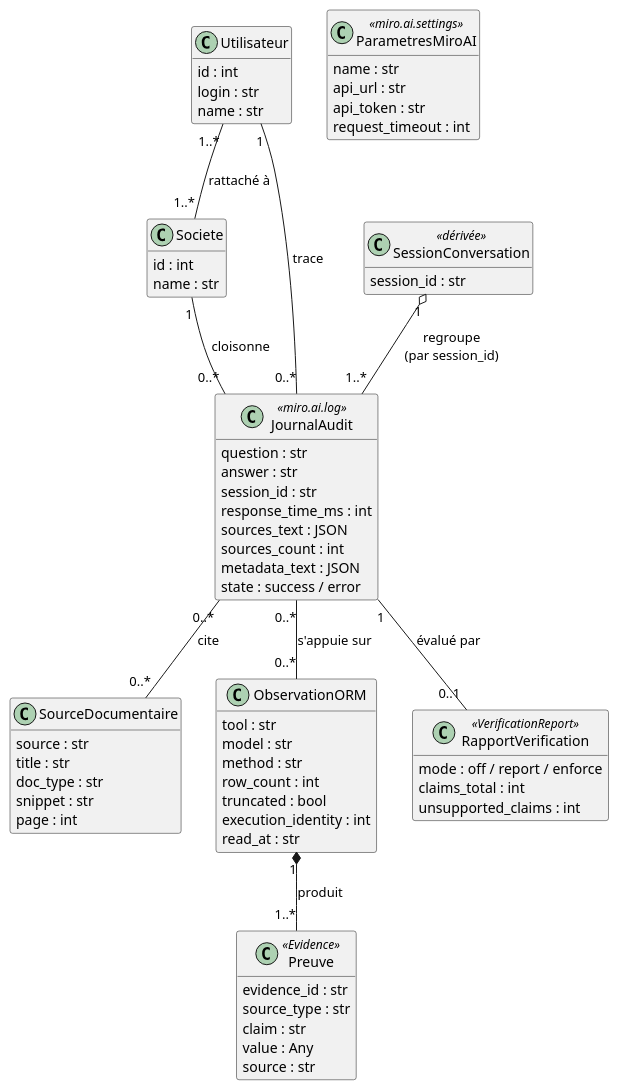
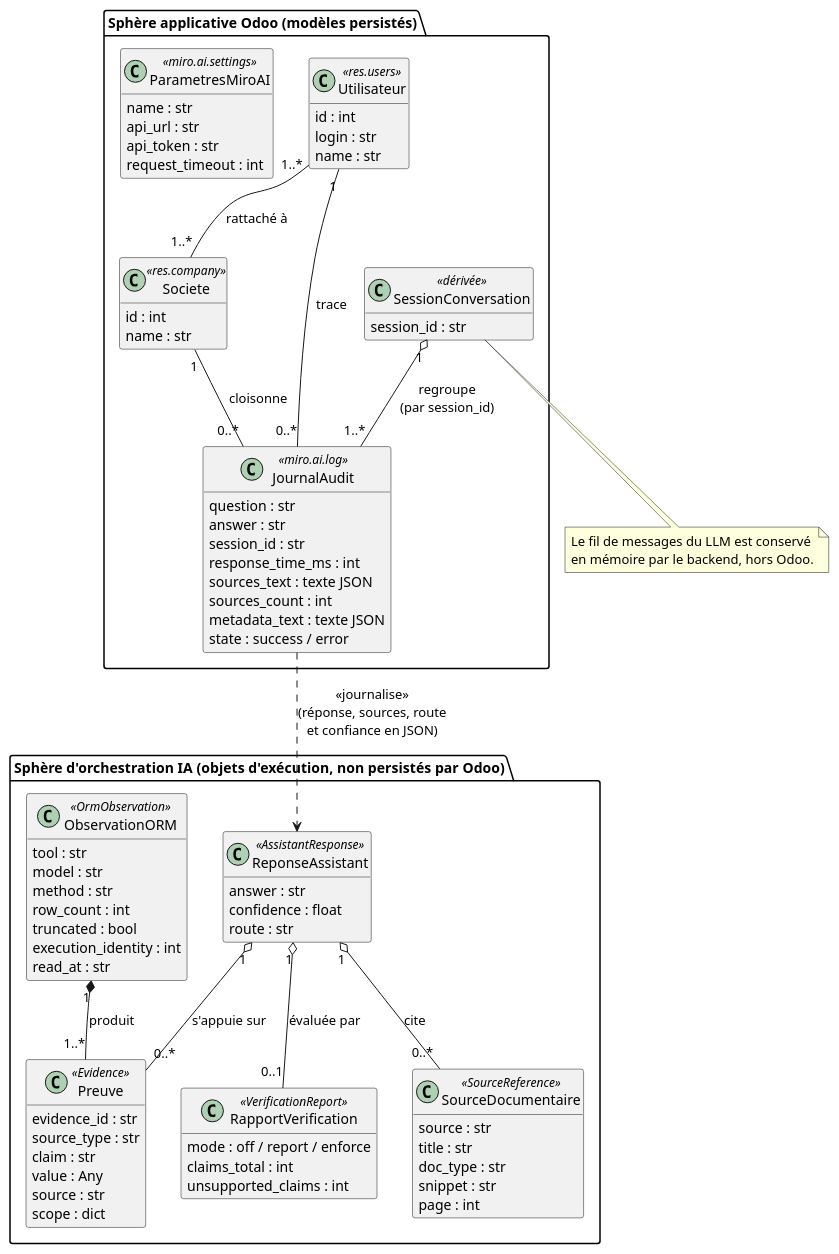
The diagram in todo/diagrammes/5_2_modele_domaine.puml (katsuki2000/odoo-ia-prototype), drawn with PlantUML before and after one commit. The commit also changed 6 other files, not shown here.

```diff
--- a/todo/diagrammes/5_2_modele_domaine.puml
+++ b/todo/diagrammes/5_2_modele_domaine.puml
@@ -1,71 +1,87 @@
 @startuml 5_2_modele_domaine
 hide methods
 skinparam classAttributeIconSize 0
 
-class Utilisateur {
-  id : int
-  login : str
-  name : str
+package "Sphère applicative Odoo (modèles persistés)" {
+  class Utilisateur <<res.users>> {
+    id : int
+    login : str
+    name : str
+  }
+  class Societe <<res.company>> {
+    id : int
+    name : str
+  }
+  class ParametresMiroAI <<miro.ai.settings>> {
+    name : str
+    api_url : str
+    api_token : str
+    request_timeout : int
+  }
+  class JournalAudit <<miro.ai.log>> {
+    question : str
+    answer : str
+    session_id : str
+    response_time_ms : int
+    sources_text : texte JSON
+    sources_count : int
+    metadata_text : texte JSON
+    state : success / error
+  }
+  class SessionConversation <<dérivée>> {
+    session_id : str
+  }
 }
-class Societe {
-  id : int
-  name : str
-}
-class ParametresMiroAI <<miro.ai.settings>> {
-  name : str
-  api_url : str
-  api_token : str
-  request_timeout : int
-}
-class JournalAudit <<miro.ai.log>> {
-  question : str
-  answer : str
-  session_id : str
-  response_time_ms : int
-  sources_text : JSON
-  sources_count : int
-  metadata_text : JSON
-  state : success / error
-}
-class SessionConversation <<dérivée>> {
-  session_id : str
-}
-class SourceDocumentaire {
-  source : str
-  title : str
-  doc_type : str
-  snippet : str
-  page : int
-}
-class ObservationORM {
-  tool : str
-  model : str
-  method : str
-  row_count : int
-  truncated : bool
-  execution_identity : int
-  read_at : str
-}
-class Preuve <<Evidence>> {
-  evidence_id : str
-  source_type : str
-  claim : str
-  value : Any
-  source : str
-}
-class RapportVerification <<VerificationReport>> {
-  mode : off / report / enforce
-  claims_total : int
-  unsupported_claims : int
+
+package "Sphère d'orchestration IA (objets d'exécution, non persistés par Odoo)" {
+  class ReponseAssistant <<AssistantResponse>> {
+    answer : str
+    confidence : float
+    route : str
+  }
+  class SourceDocumentaire <<SourceReference>> {
+    source : str
+    title : str
+    doc_type : str
+    snippet : str
+    page : int
+  }
+  class ObservationORM <<OrmObservation>> {
+    tool : str
+    model : str
+    method : str
+    row_count : int
+    truncated : bool
+    execution_identity : int
+    read_at : str
+  }
+  class Preuve <<Evidence>> {
+    evidence_id : str
+    source_type : str
+    claim : str
+    value : Any
+    source : str
+    scope : dict
+  }
+  class RapportVerification <<VerificationReport>> {
+    mode : off / report / enforce
+    claims_total : int
+    unsupported_claims : int
+  }
 }
 
 Utilisateur "1..*" -- "1..*" Societe : rattaché à
 Utilisateur "1" -- "0..*" JournalAudit : trace
 Societe "1" -- "0..*" JournalAudit : cloisonne
 SessionConversation "1" o-- "1..*" JournalAudit : regroupe\n(par session_id)
-JournalAudit "0..*" -- "0..*" SourceDocumentaire : cite
-JournalAudit "0..*" -- "0..*" ObservationORM : s'appuie sur
+JournalAudit ..> ReponseAssistant : <<journalise>>\n(réponse, sources, route\net confiance en JSON)
+ReponseAssistant "1" o-- "0..*" SourceDocumentaire : cite
+ReponseAssistant "1" o-- "0..*" Preuve : s'appuie sur
+ReponseAssistant "1" o-- "0..1" RapportVerification : évaluée par
 ObservationORM "1" *-- "1..*" Preuve : produit
-JournalAudit "1" -- "0..1" RapportVerification : évalué par
 
+note bottom of SessionConversation
+  Le fil de messages du LLM est conservé
+  en mémoire par le backend, hors Odoo.
+end note
 @enduml
```
